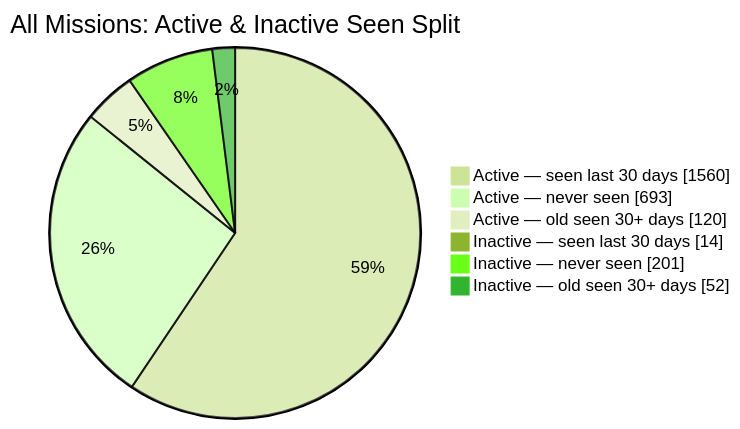
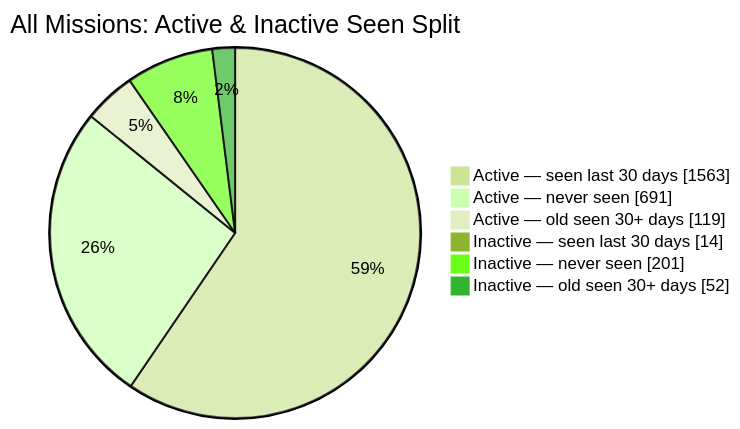
One commit to MeldkamerspelGameTeam/active-missions changed the second of 2 diagrams in README.md. Above: the diagram before and after it, drawn with Mermaid (forest theme). The commit also changed other lines of this file and 3 other files, not shown here.

````diff
--- a/README.md
+++ b/README.md
@@ -44,10 +44,10 @@
 ```mermaid
 pie showData
     title All Missions: Active & Inactive Seen Split
-    "Active — seen last 30 days" : 1560
-    "Active — never seen" : 693
-    "Active — old seen 30+ days" : 120
+    "Active — seen last 30 days" : 1563
+    "Active — never seen" : 691
+    "Active — old seen 30+ days" : 119
     "Inactive — seen last 30 days" : 14
     "Inactive — never seen" : 201
     "Inactive — old seen 30+ days" : 52
 ```
````
